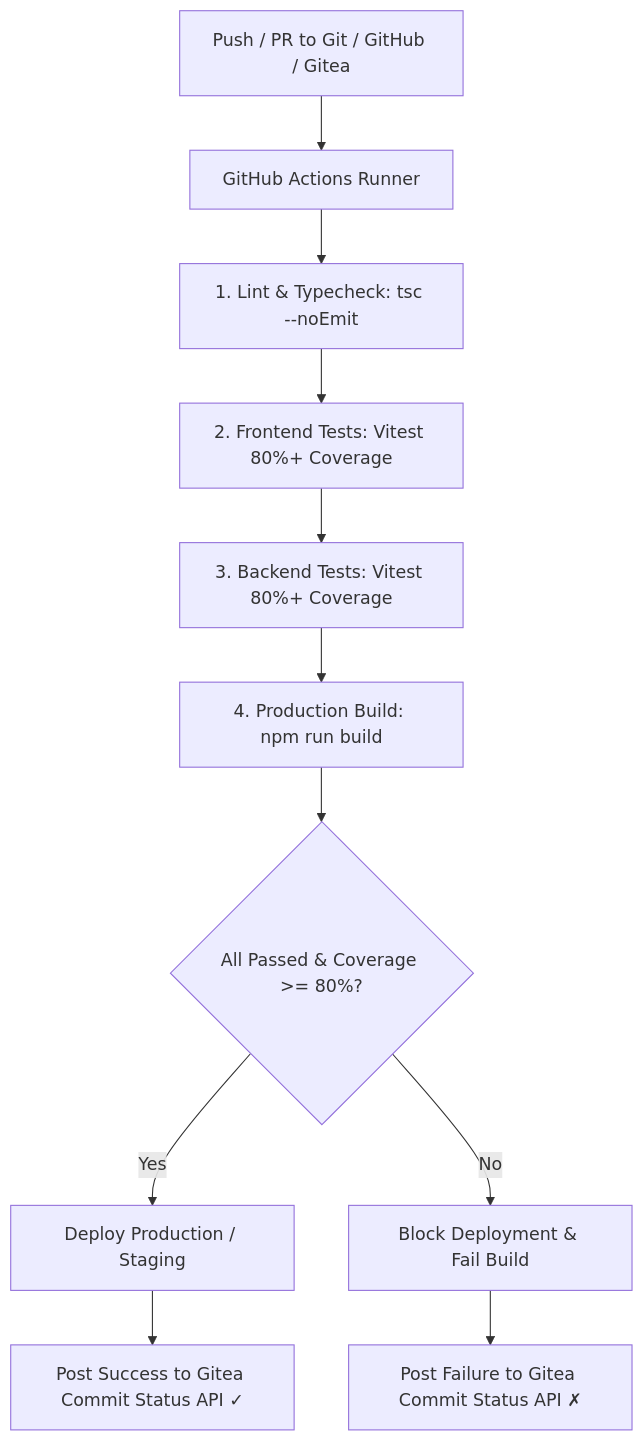
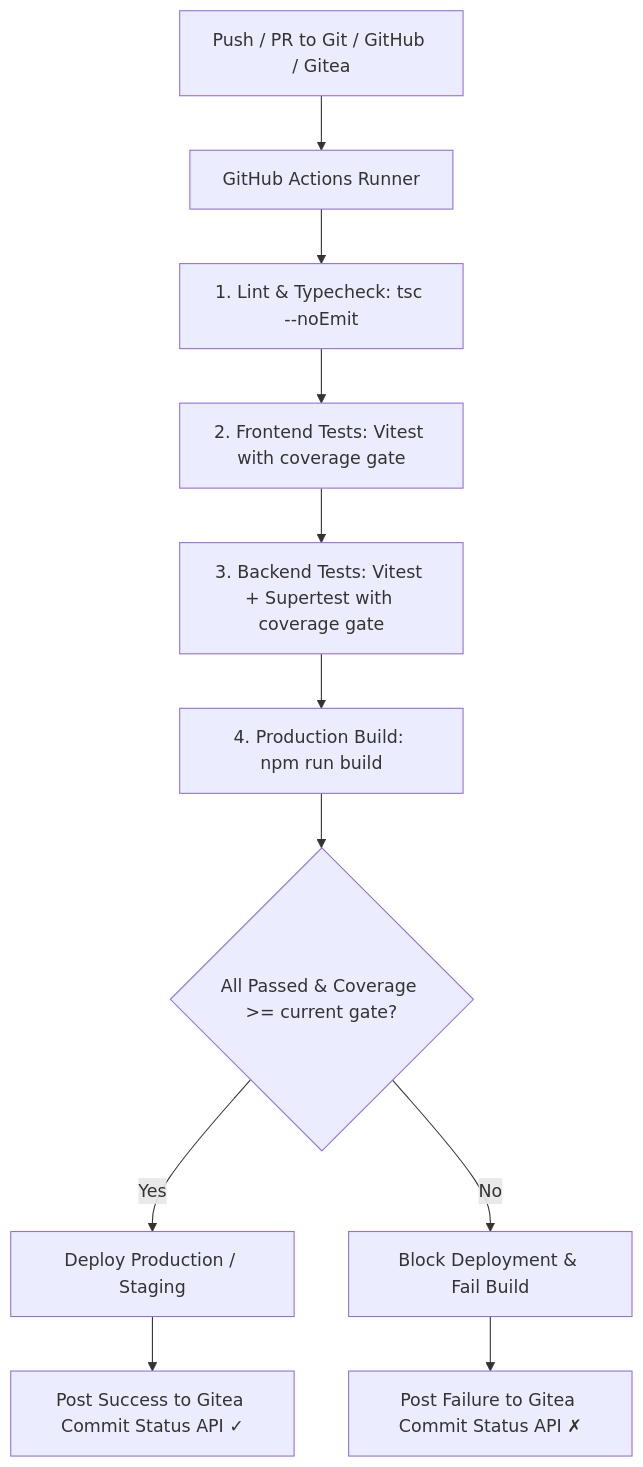
One commit to NkadimengKgothatso/-wits-quest changed the diagram in docs/development/testing-plan.md. Above: the diagram before and after it, drawn with Mermaid. The commit also changed other lines of this file, not shown here.

First line of the commit message:
Revise testing plan for staged coverage gates

````diff
--- a/docs/development/testing-plan.md
+++ b/docs/development/testing-plan.md
@@ -87,13 +98,13 @@
 ```mermaid
 graph TD
     A[Push / PR to Git / GitHub / Gitea] --> B[GitHub Actions Runner]
     B --> C[1. Lint & Typecheck: tsc --noEmit]
-    C --> D[2. Frontend Tests: Vitest 80%+ Coverage]
-    D --> E[3. Backend Tests: Vitest 80%+ Coverage]
+    C --> D[2. Frontend Tests: Vitest with coverage gate]
+    D --> E[3. Backend Tests: Vitest + Supertest with coverage gate]
     E --> F[4. Production Build: npm run build]
-    F --> G{All Passed & Coverage >= 80%?}
+    F --> G{All Passed & Coverage >= current gate?}
     G -- Yes --> H[Deploy Production / Staging]
     H --> I[Post Success to Gitea Commit Status API ✓]
     G -- No --> J[Block Deployment & Fail Build]
     J --> K[Post Failure to Gitea Commit Status API ✗]
 ```
````
